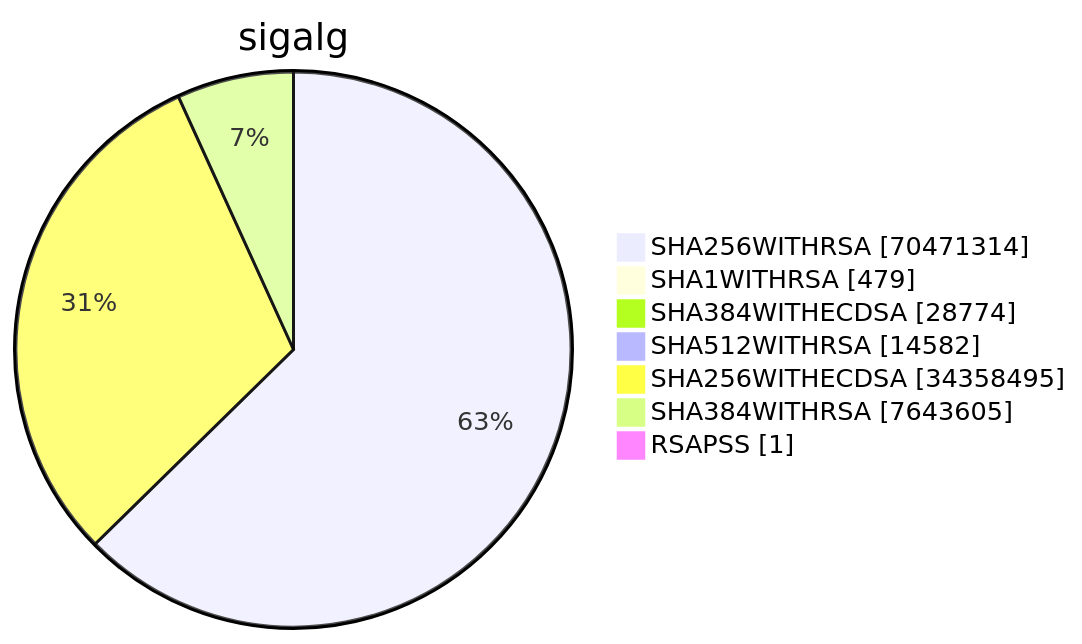
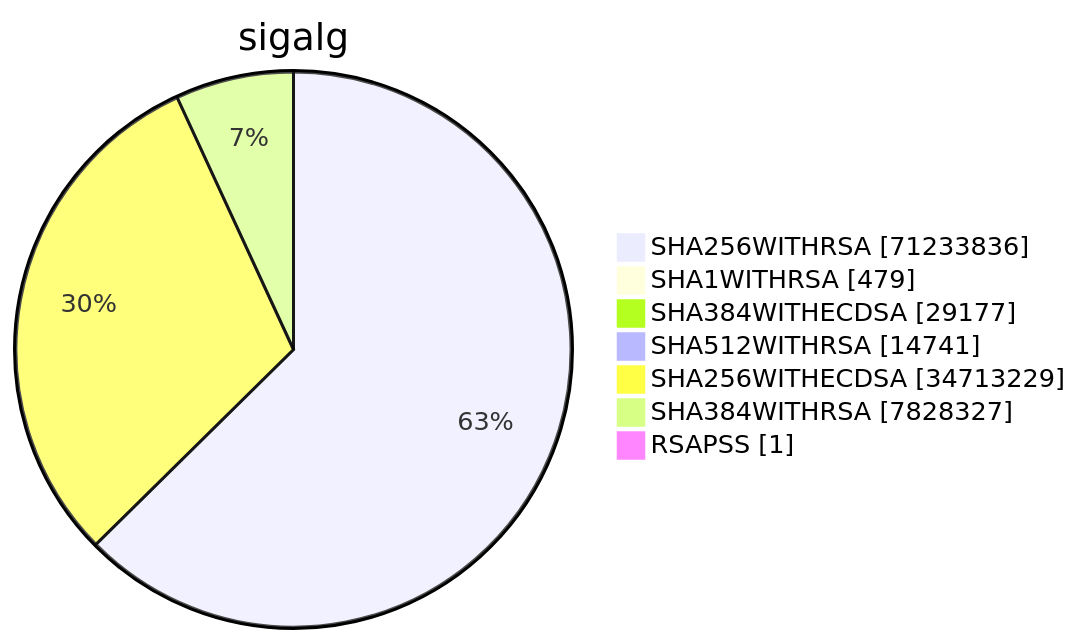
Diagram 15 of 15 in xenon2023/README.md (christiankrug/ctmonitor_visualization), drawn with Mermaid before and after one commit. The commit also changed other lines of this file, not shown here.

````diff
--- a/xenon2023/README.md
+++ b/xenon2023/README.md
@@ -4506,11 +4519,11 @@
 ```mermaid
 pie showData
 title sigalg
-"SHA256WITHRSA" :70471314
+"SHA256WITHRSA" :71233836
 "SHA1WITHRSA" :479
-"SHA384WITHECDSA" :28774
-"SHA512WITHRSA" :14582
-"SHA256WITHECDSA" :34358495
-"SHA384WITHRSA" :7643605
+"SHA384WITHECDSA" :29177
+"SHA512WITHRSA" :14741
+"SHA256WITHECDSA" :34713229
+"SHA384WITHRSA" :7828327
 "RSAPSS" :1
 ```
````
